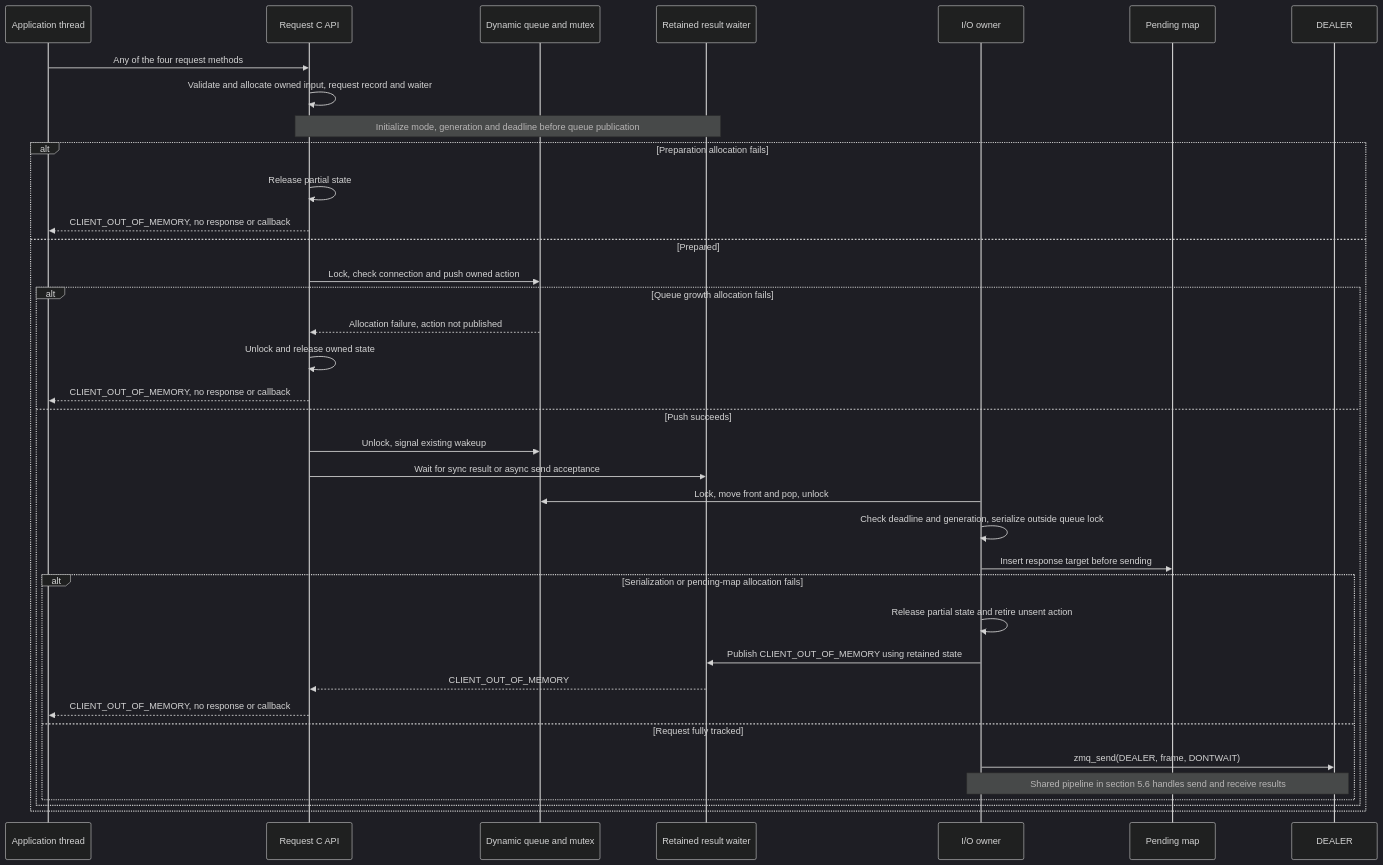
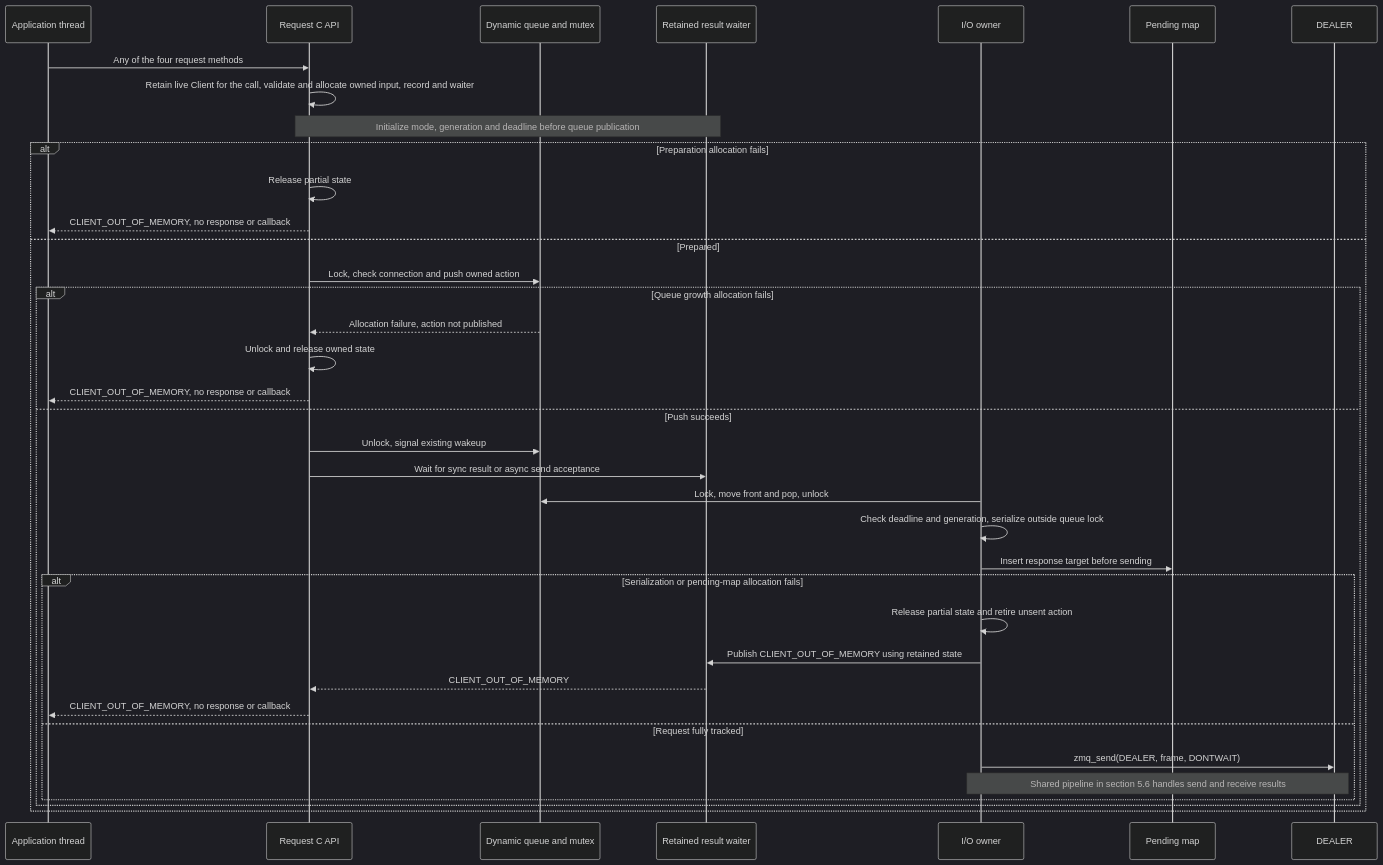
The third of 35 diagrams in doc/EyilSecureGateway.md (rdkcentral/eyil-secure-gateway), drawn with Mermaid (dark theme) before and after one commit. The commit also changed other lines of this file, not shown here.

````diff
--- a/doc/EyilSecureGateway.md
+++ b/doc/EyilSecureGateway.md
@@ -715,39 +782,39 @@
 ```mermaid
 sequenceDiagram
     participant A as Application thread
     participant API as Request C API
     participant Q as Dynamic queue and mutex
     participant W as Retained result waiter
     participant IO as I/O owner
     participant P as Pending map
     participant Z as DEALER
     A->>API: Any of the four request methods
-    API->>API: Validate and allocate owned input, request record and waiter
+    API->>API: Retain live Client for the call, validate and allocate owned input, record and waiter
     Note over API,W: Initialize mode, generation and deadline before queue publication
     alt Preparation allocation fails
         API->>API: Release partial state
         API-->>A: CLIENT_OUT_OF_MEMORY, no response or callback
     else Prepared
         API->>Q: Lock, check connection and push owned action
         alt Queue growth allocation fails
             Q-->>API: Allocation failure, action not published
             API->>API: Unlock and release owned state
             API-->>A: CLIENT_OUT_OF_MEMORY, no response or callback
         else Push succeeds
             API->>Q: Unlock, signal existing wakeup
             API->>W: Wait for sync result or async send acceptance
             IO->>Q: Lock, move front and pop, unlock
             IO->>IO: Check deadline and generation, serialize outside queue lock
             IO->>P: Insert response target before sending
             alt Serialization or pending-map allocation fails
                 IO->>IO: Release partial state and retire unsent action
                 IO->>W: Publish CLIENT_OUT_OF_MEMORY using retained state
                 W-->>API: CLIENT_OUT_OF_MEMORY
                 API-->>A: CLIENT_OUT_OF_MEMORY, no response or callback
             else Request fully tracked
                 IO->>Z: zmq_send(DEALER, frame, DONTWAIT)
                 Note over IO,Z: Shared pipeline in section 5.6 handles send and receive results
             end
         end
     end
 ```
````
